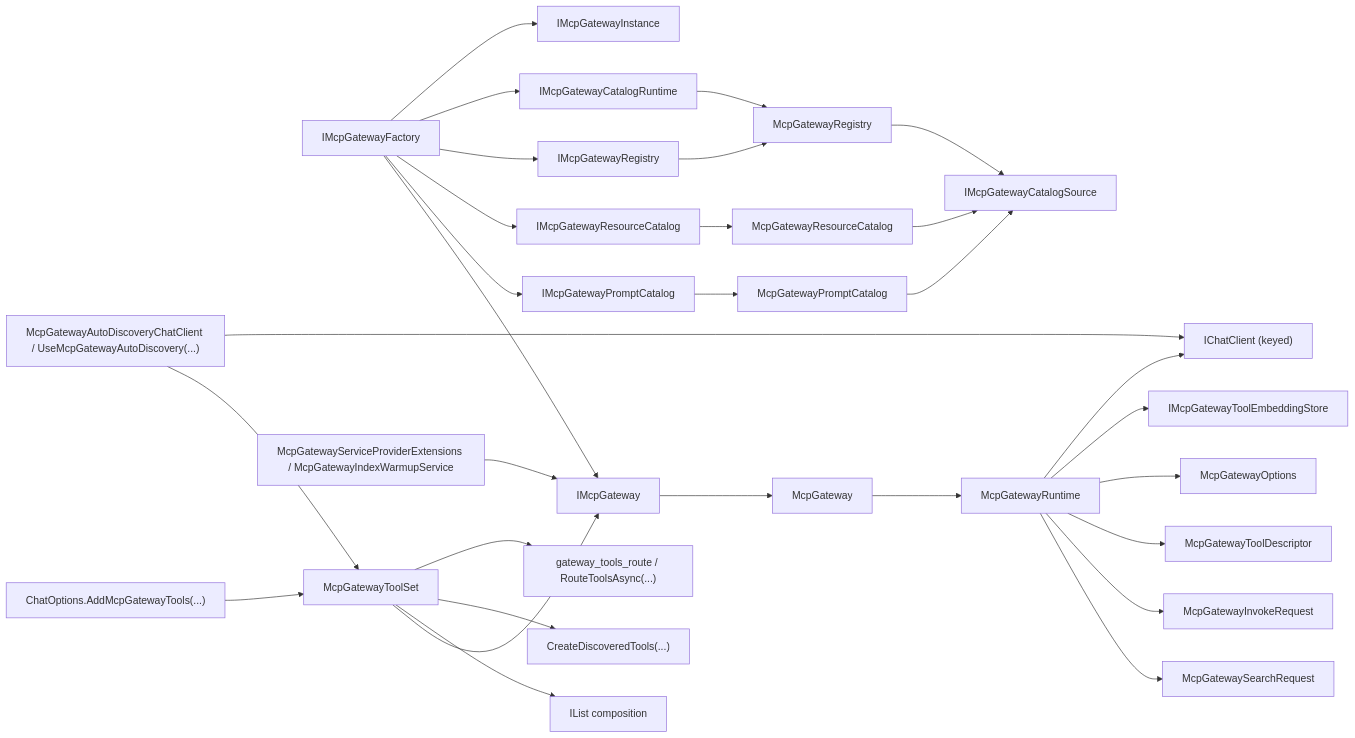
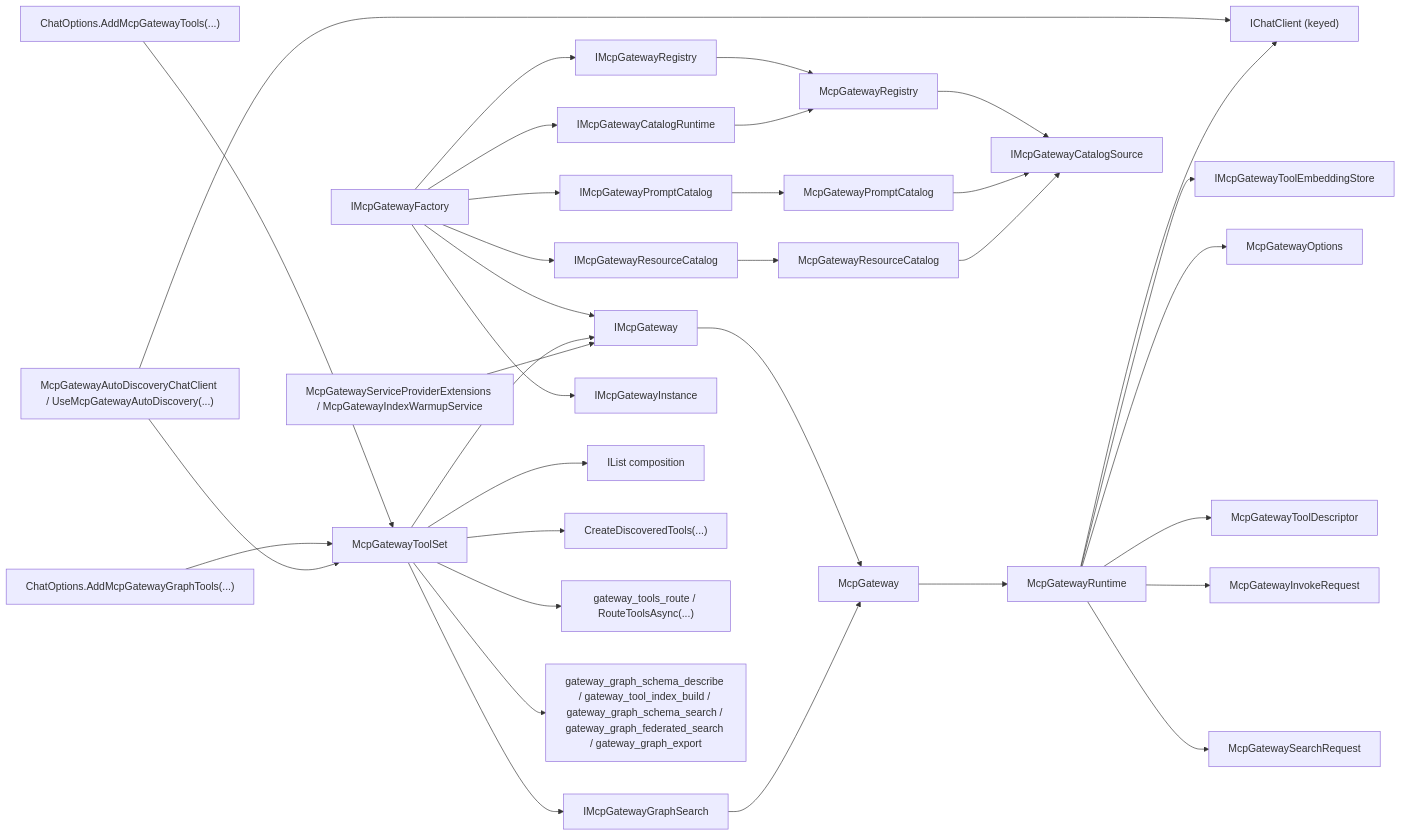
One commit to managedcode/MCPGateway changed the third of 4 diagrams in docs/Architecture/Overview.md. Above: the diagram before and after it, drawn with Mermaid. The commit also changed other lines of this file and 66 other files, not shown here.

Commit message:
Optimize schema-aware graph search

````diff
--- a/docs/Architecture/Overview.md
+++ b/docs/Architecture/Overview.md
@@ -93,32 +106,36 @@
 ```mermaid
 flowchart LR
     IMcpGateway["IMcpGateway"] --> McpGateway["McpGateway"]
+    GraphSearch["IMcpGatewayGraphSearch"] --> McpGateway
     IMcpGatewayRegistry["IMcpGatewayRegistry"] --> Registry["McpGatewayRegistry"]
     CatalogRuntime["IMcpGatewayCatalogRuntime"] --> Registry["McpGatewayRegistry"]
     PromptCatalog["IMcpGatewayPromptCatalog"] --> PromptCatalogImpl["McpGatewayPromptCatalog"]
     ResourceCatalog["IMcpGatewayResourceCatalog"] --> ResourceCatalogImpl["McpGatewayResourceCatalog"]
     Factory["IMcpGatewayFactory"] --> IMcpGateway
     Factory --> PromptCatalog
     Factory --> ResourceCatalog
     Factory --> IMcpGatewayRegistry
     Factory --> CatalogRuntime
     Factory --> Instance["IMcpGatewayInstance"]
     ToolSet["McpGatewayToolSet"] --> IMcpGateway
+    ToolSet --> GraphSearch
     ToolSet --> ToolList["IList<AITool> composition"]
     ToolSet --> DiscoveredTools["CreateDiscoveredTools(...)"]
     ToolSet --> Route["gateway_tools_route / RouteToolsAsync(...)"]
+    ToolSet --> GraphTools["gateway_graph_schema_describe / gateway_tool_index_build / gateway_graph_schema_search / gateway_graph_federated_search / gateway_graph_export"]
     ChatOptions["ChatOptions.AddMcpGatewayTools(...)"] --> ToolSet
+    GraphChatOptions["ChatOptions.AddMcpGatewayGraphTools(...)"] --> ToolSet
     AutoDiscovery["McpGatewayAutoDiscoveryChatClient / UseMcpGatewayAutoDiscovery(...)"] --> ToolSet
     AutoDiscovery --> ChatClient
     Warmup["McpGatewayServiceProviderExtensions / McpGatewayIndexWarmupService"] --> IMcpGateway
     McpGateway --> Runtime["McpGatewayRuntime"]
     Runtime --> SearchRequest["McpGatewaySearchRequest"]
     Runtime --> InvokeRequest["McpGatewayInvokeRequest"]
     Runtime --> Descriptor["McpGatewayToolDescriptor"]
     Runtime --> Options["McpGatewayOptions"]
     Runtime --> EmbeddingStore["IMcpGatewayToolEmbeddingStore"]
     Runtime --> ChatClient["IChatClient (keyed)"]
     Registry --> CatalogSource["IMcpGatewayCatalogSource"]
     PromptCatalogImpl --> CatalogSource
     ResourceCatalogImpl --> CatalogSource
 ```
````
